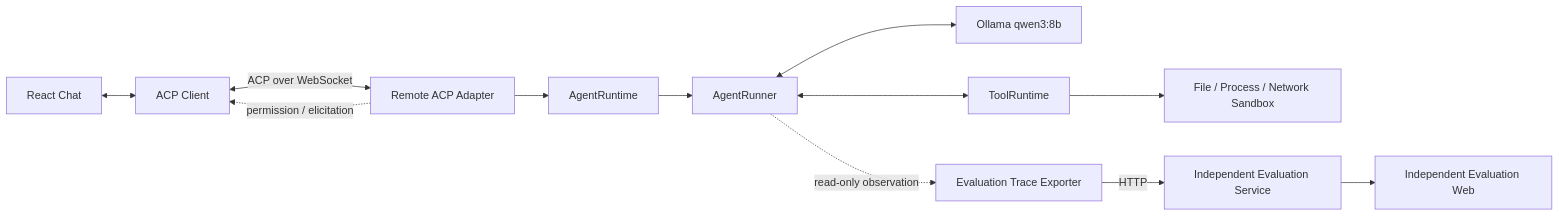
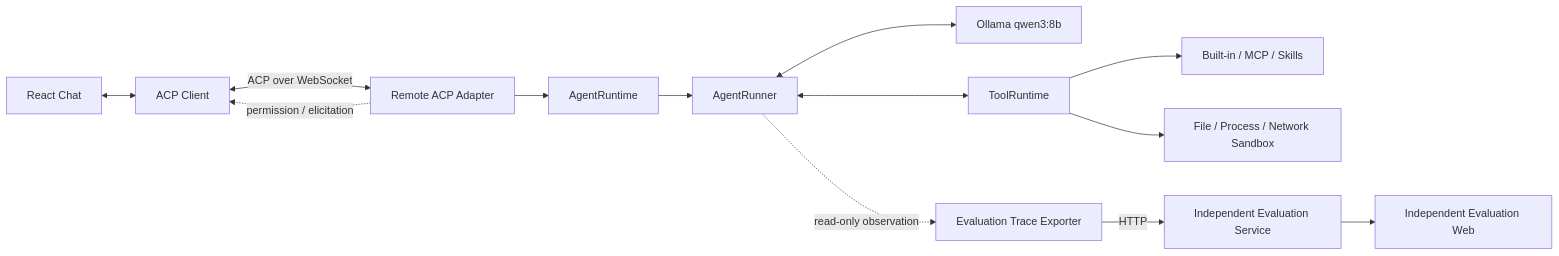
One commit to bambibren/Models-Kindergarten changed the diagram in README.md. Above: the diagram before and after it, drawn with Mermaid. The commit also changed other lines of this file and 40 other files, not shown here.

````diff
--- a/README.md
+++ b/README.md
@@ -7,21 +7,23 @@
 ```mermaid
 flowchart LR
     UI[React Chat]
     ACP[ACP Client]
     Adapter[Remote ACP Adapter]
     Runtime[AgentRuntime]
     Runner[AgentRunner]
     Model[Ollama qwen3:8b]
     Tools[ToolRuntime]
+    Capabilities[Built-in / MCP / Skills]
     Sandbox[File / Process / Network Sandbox]
     Exporter[Evaluation Trace Exporter]
     Eval[Independent Evaluation Service]
     EvalUI[Independent Evaluation Web]
 
     UI <--> ACP <-->|ACP over WebSocket| Adapter
     Adapter --> Runtime --> Runner
     Runner <--> Model
-    Runner <--> Tools --> Sandbox
+    Runner <--> Tools --> Capabilities
+    Tools --> Sandbox
     Adapter -. permission / elicitation .-> ACP
     Runner -. read-only observation .-> Exporter -->|HTTP| Eval --> EvalUI
 ```
````
